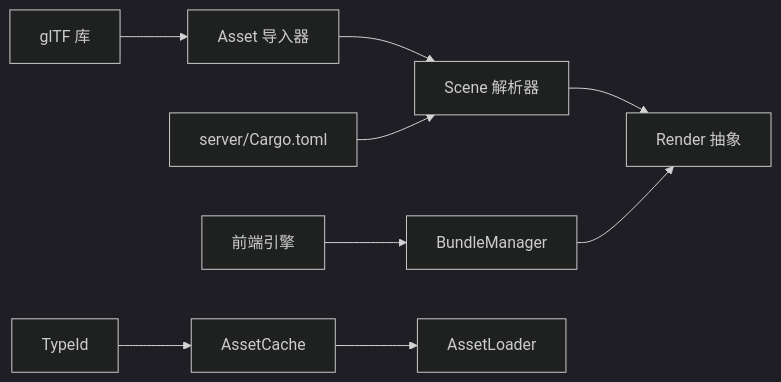
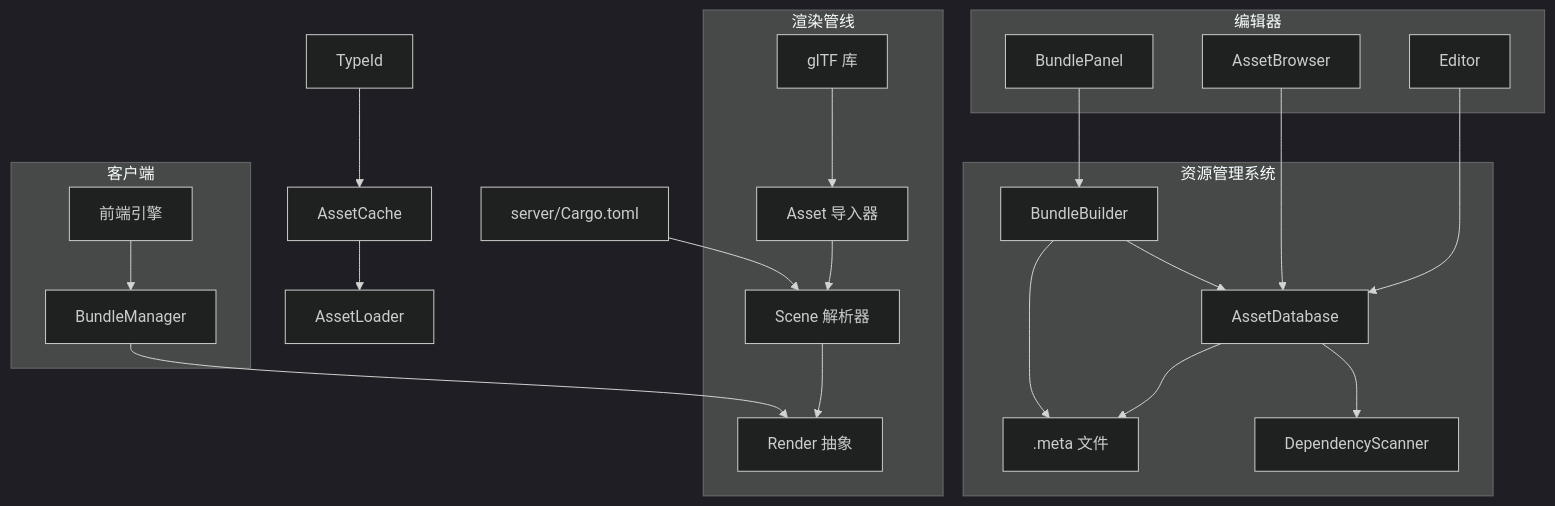
One commit to qianqians/geese changed diagram 12 of 12 in .qoder/repowiki/zh/content/数据存储/资源管理.md. Above: the diagram before and after it, drawn with Mermaid (dark theme). The commit also changed other lines of this file, not shown here.

````diff
--- a/.qoder/repowiki/zh/content/数据存储/资源管理.md
+++ b/.qoder/repowiki/zh/content/数据存储/资源管理.md
@@ -383,11 +570,30 @@
 ```mermaid
-graph LR
-GLTF["glTF 库"] --> Asset["Asset 导入器"]
-Asset --> Scene["Scene 解析器"]
-Scene --> Render["Render 抽象"]
-Engine["前端引擎"] --> BundleMgr["BundleManager"]
-BundleMgr --> Render
-Cargo["server/Cargo.toml"] --> Scene
-TypeId["TypeId"] --> AssetCache["AssetCache"]
-AssetCache --> AssetLoader["AssetLoader"]
+graph TB
+    subgraph "资源管理系统"
+        DB["AssetDatabase"]
+        Meta[".meta 文件"]
+        Scanner["DependencyScanner"]
+        Bundle["BundleBuilder"]
+    end
+    subgraph "渲染管线"
+        GLTF["glTF 库"] --> Asset["Asset 导入器"]
+        Asset --> Scene["Scene 解析器"]
+        Scene --> Render["Render 抽象"]
+    end
+    subgraph "编辑器"
+        Editor["Editor"] --> DB
+        Browser["AssetBrowser"] --> DB
+        BundlePanel["BundlePanel"] --> Bundle
+    end
+    subgraph "客户端"
+        Engine["前端引擎"] --> BundleMgr["BundleManager"]
+        BundleMgr --> Render
+    end
+    DB --> Meta
+    DB --> Scanner
+    Bundle --> DB
+    Bundle --> Meta
+    Cargo["server/Cargo.toml"] --> Scene
+    TypeId["TypeId"] --> AssetCache["AssetCache"]
+    AssetCache --> AssetLoader["AssetLoader"]
 ```
````
